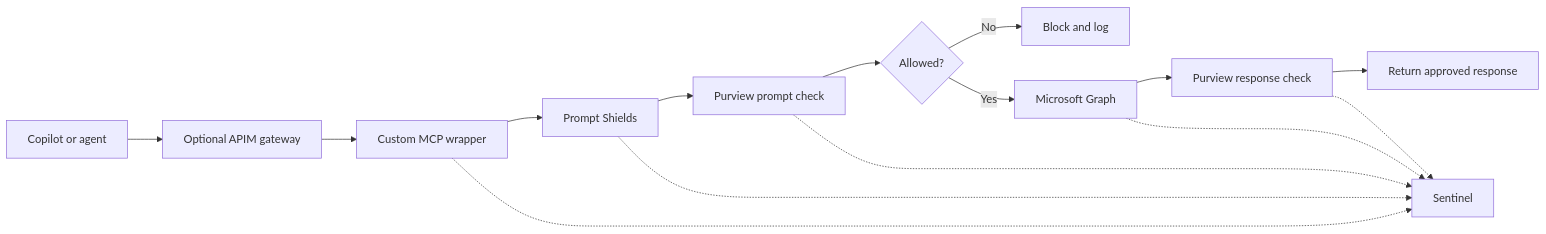
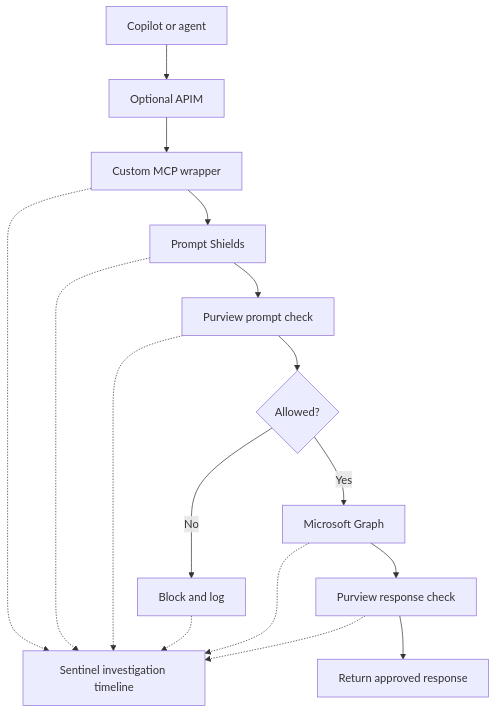
One commit to ktigges/ms-custom-mcp-example changed the diagram in README.md. Above: the diagram before and after it, drawn with Mermaid.

Commit message:
Use vertical security flow

````diff
--- a/README.md
+++ b/README.md
@@ -23,17 +23,25 @@
 ```mermaid
-flowchart LR
-    A[Copilot or agent] --> B[Optional APIM gateway]
-    B --> C[Custom MCP wrapper]
-    C --> D[Prompt Shields]
-    D --> E[Purview prompt check]
-    E --> F{Allowed?}
-    F -->|No| G[Block and log]
-    F -->|Yes| H[Microsoft Graph]
-    H --> I[Purview response check]
-    I --> J[Return approved response]
-    C -.-> K[Sentinel]
+flowchart TB
+    A[Copilot or agent]
+    B[Optional APIM]
+    C[Custom MCP wrapper]
+    D[Prompt Shields]
+    E[Purview prompt check]
+    F{Allowed?}
+    G[Block and log]
+    H[Microsoft Graph]
+    I[Purview response check]
+    J[Return approved response]
+    K[Sentinel investigation timeline]
+
+    A --> B --> C --> D --> E --> F
+    F -->|No| G
+    F -->|Yes| H --> I --> J
+
+    C -.-> K
     D -.-> K
     E -.-> K
+    G -.-> K
     H -.-> K
     I -.-> K
 ```
````
